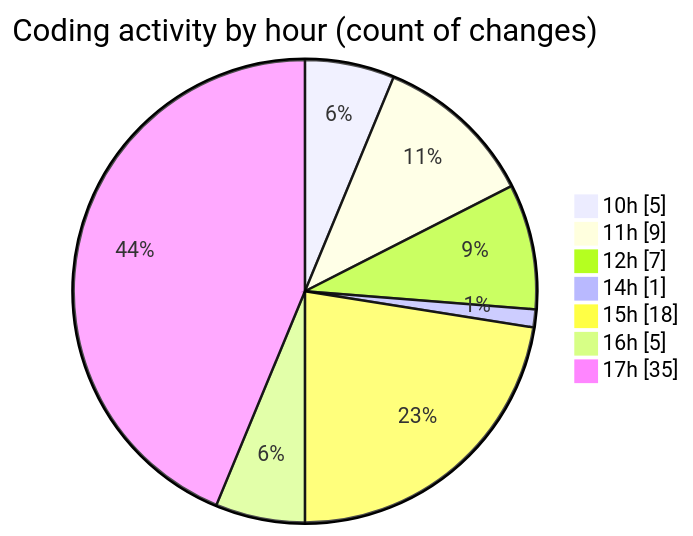
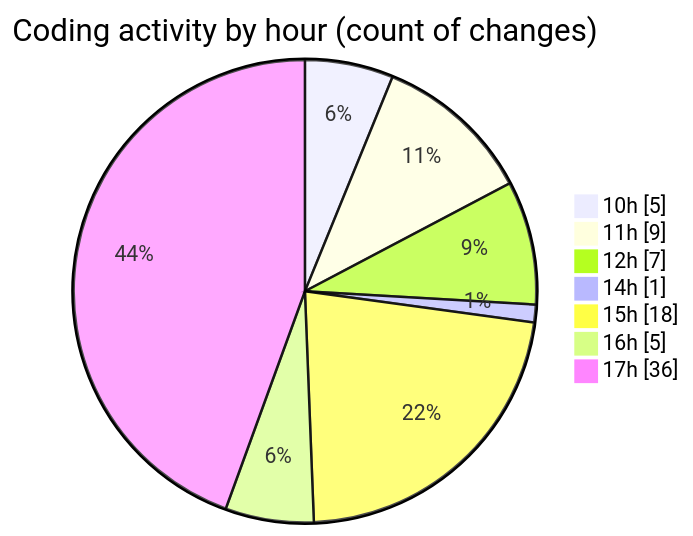
The second of 2 diagrams in 2026-04-20/airfeed-analytics-dashboard/README.md (nxtqubesakshisongat/code-tracking), drawn with Mermaid before and after one commit. The commit also changed other lines of this file and 1 other file, not shown here.

````diff
--- a/2026-04-20/airfeed-analytics-dashboard/README.md
+++ b/2026-04-20/airfeed-analytics-dashboard/README.md
@@ -40,11 +40,11 @@
 ```mermaid
 pie showData
 title Coding activity by hour (count of changes)
 "10h" : 5
 "11h" : 9
 "12h" : 7
 "14h" : 1
 "15h" : 18
 "16h" : 5
-"17h" : 35
+"17h" : 36
 ```
````
